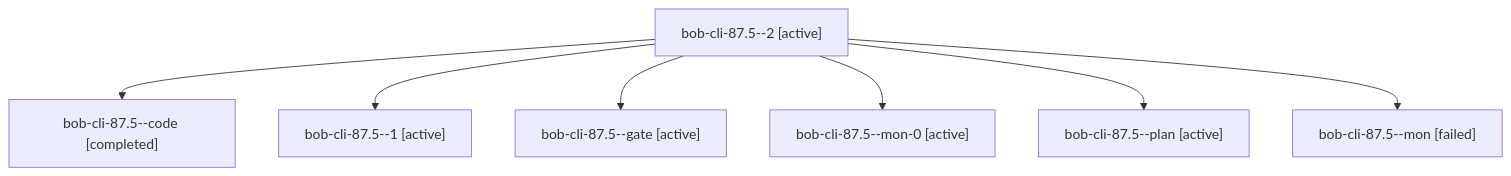
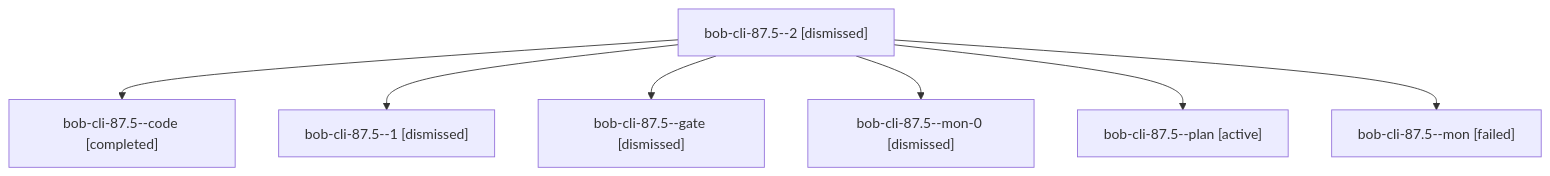
One commit to bobs-org/bob-cli--agents changed the diagram in sessions/bbugyi200.athena.bob-cli-87.5.md. Above: the diagram before and after it, drawn with Mermaid. The commit also changed other lines of this file and 210 other files, not shown here.

````diff
--- a/sessions/bbugyi200.athena.bob-cli-87.5.md
+++ b/sessions/bbugyi200.athena.bob-cli-87.5.md
@@ -9,16 +9,16 @@
 ```mermaid
 flowchart TD
-  n0["bob-cli-87.5--2 [active]"]
+  n0["bob-cli-87.5--2 [dismissed]"]
   n1["bob-cli-87.5--code [completed]"]
   n0 --> n1
-  n2["bob-cli-87.5--1 [active]"]
+  n2["bob-cli-87.5--1 [dismissed]"]
   n0 --> n2
-  n3["bob-cli-87.5--gate [active]"]
+  n3["bob-cli-87.5--gate [dismissed]"]
   n0 --> n3
-  n4["bob-cli-87.5--mon-0 [active]"]
+  n4["bob-cli-87.5--mon-0 [dismissed]"]
   n0 --> n4
   n5["bob-cli-87.5--plan [active]"]
   n0 --> n5
   n6["bob-cli-87.5--mon [failed]"]
   n0 --> n6
 ```
````
